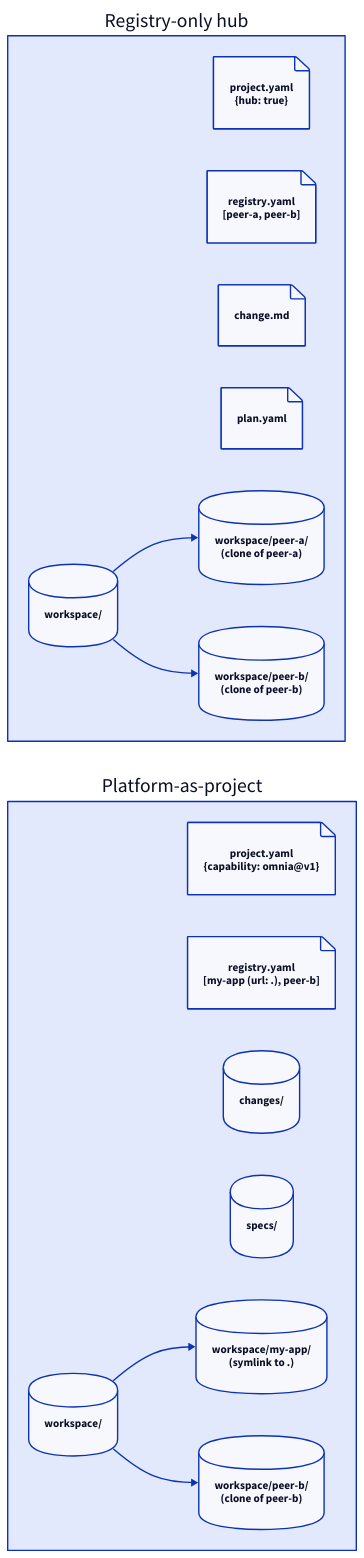
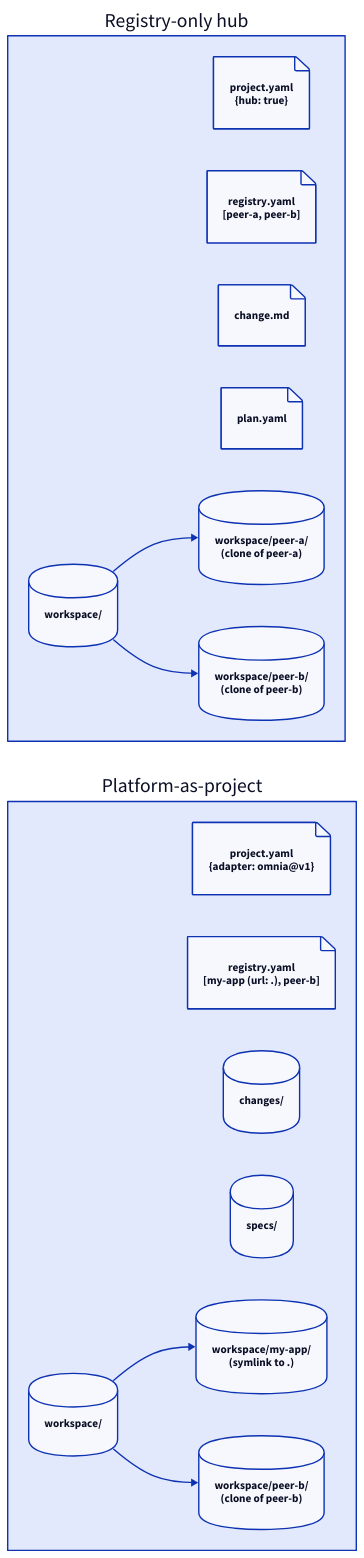
The diagram in docs/explanation/platform-repo.md (augentic/anvil), drawn with D2 before and after one commit. The commit also changed other lines of this file and 425 other files, not shown here.

````diff
--- a/docs/explanation/platform-repo.md
+++ b/docs/explanation/platform-repo.md
@@ -7,29 +7,29 @@
 ```d2
 direction: right
 
 hub: "Registry-only hub" {
   shape: rectangle
   hubProj: "project.yaml\n{hub: true}" {shape: page}
   hubReg: "registry.yaml\n[peer-a, peer-b]" {shape: page}
   hubInit: "change.md" {shape: page}
   hubPlan: "plan.yaml" {shape: page}
   hubWs: "workspace/" {shape: cylinder}
   peerA: "workspace/peer-a/\n(clone of peer-a)" {shape: cylinder}
   peerB: "workspace/peer-b/\n(clone of peer-b)" {shape: cylinder}
   hubWs -> peerA
   hubWs -> peerB
 }
 
 pap: "Platform-as-project" {
   shape: rectangle
-  papProj: "project.yaml\n{capability: omnia@v1}" {shape: page}
+  papProj: "project.yaml\n{adapter: omnia@v1}" {shape: page}
   papReg: "registry.yaml\n[my-app (url: .), peer-b]" {shape: page}
   papChanges: "changes/" {shape: cylinder}
   papSpecs: "specs/" {shape: cylinder}
   papWs: "workspace/" {shape: cylinder}
   papSelf: "workspace/my-app/\n(symlink to .)" {shape: cylinder}
   papPeer: "workspace/peer-b/\n(clone of peer-b)" {shape: cylinder}
   papWs -> papSelf
   papWs -> papPeer
 }
 ```
````
